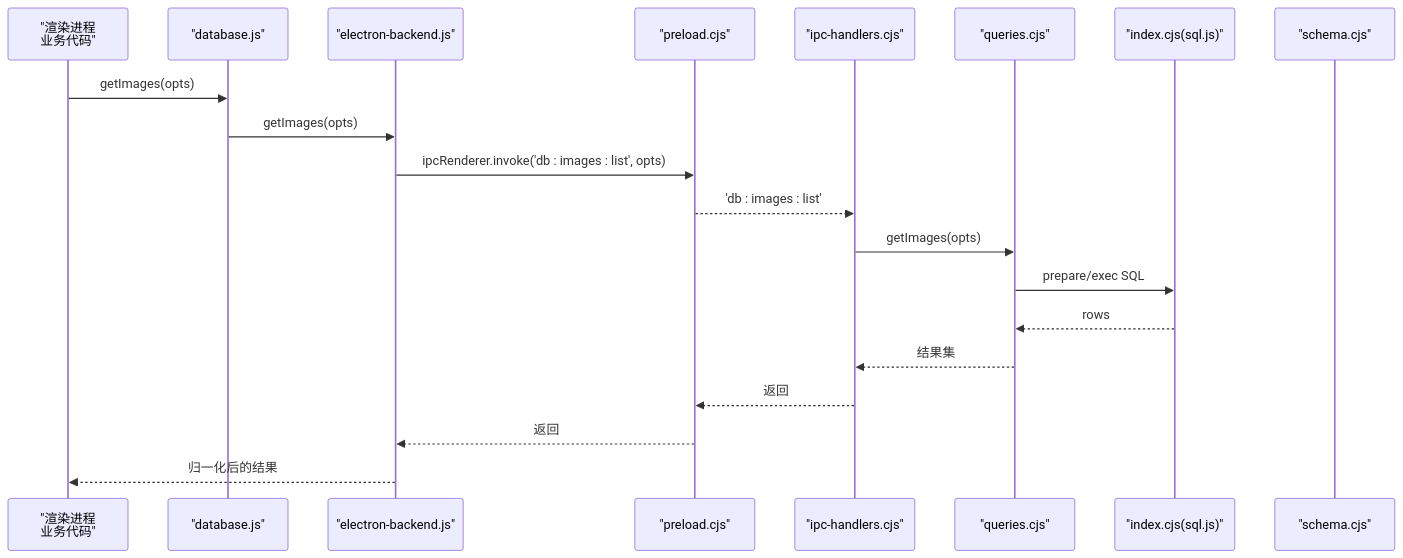
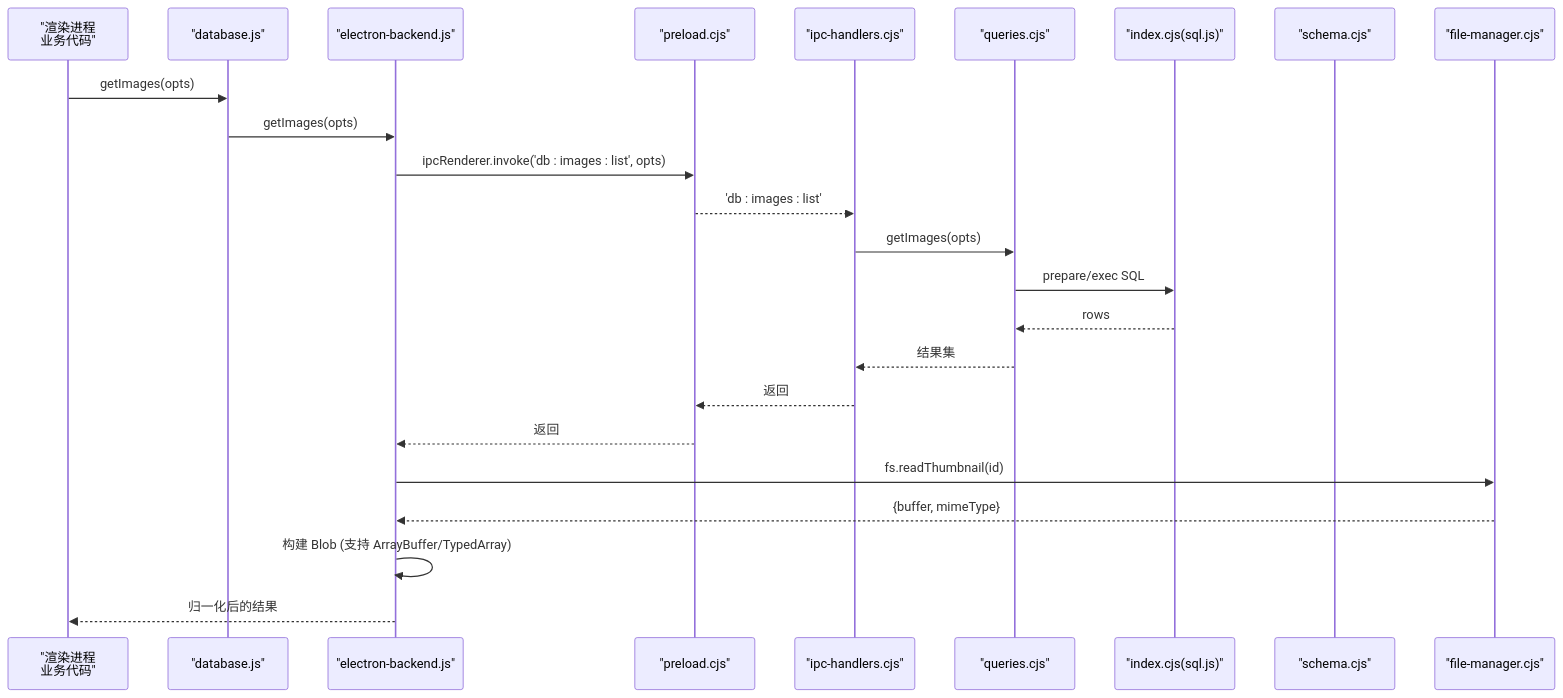
One commit to AlbusWei/AI-Image-Studio changed the second of 8 diagrams in .qoder/repowiki/zh/content/数据库层/SQLite 数据库层.md. Above: the diagram before and after it, drawn with Mermaid. The commit also changed other lines of this file and 26 other files, not shown here.

Commit message:
fix: 修复 Gallery 图片显示 broken image 问题

````diff
--- a/.qoder/repowiki/zh/content/数据库层/SQLite 数据库层.md
+++ b/.qoder/repowiki/zh/content/数据库层/SQLite 数据库层.md
@@ -102,22 +121,26 @@
 ```mermaid
 sequenceDiagram
 participant UI as "渲染进程<br/>业务代码"
 participant Facade as "database.js"
 participant EB as "electron-backend.js"
 participant PL as "preload.cjs"
 participant IPC as "ipc-handlers.cjs"
 participant Q as "queries.cjs"
 participant IDX as "index.cjs(sql.js)"
 participant SCH as "schema.cjs"
+participant FM as "file-manager.cjs"
 UI->>Facade : getImages(opts)
 Facade->>EB : getImages(opts)
 EB->>PL : ipcRenderer.invoke('db : images : list', opts)
 PL-->>IPC : 'db : images : list'
 IPC->>Q : getImages(opts)
 Q->>IDX : prepare/exec SQL
 IDX-->>Q : rows
 Q-->>IPC : 结果集
 IPC-->>PL : 返回
 PL-->>EB : 返回
+EB->>FM : fs.readThumbnail(id)
+FM-->>EB : {buffer, mimeType}
+EB->>EB : 构建 Blob (支持 ArrayBuffer/TypedArray)
 EB-->>UI : 归一化后的结果
 ```
````
